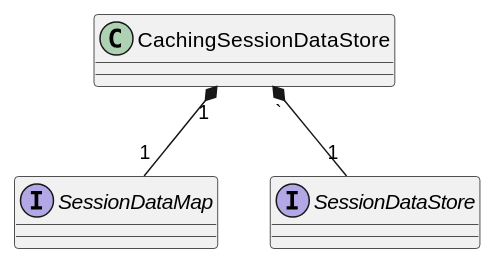
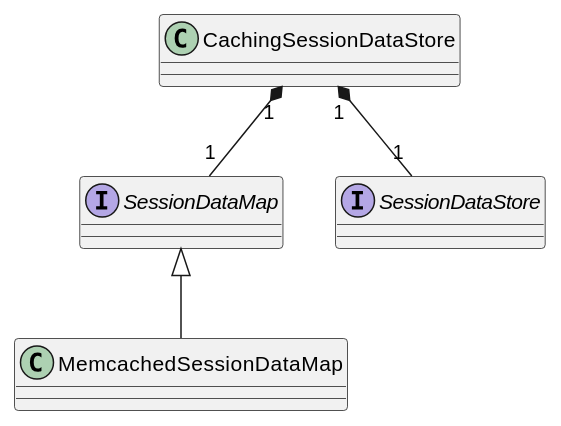
The diagram in jetty-documentation/src/main/asciidoc/programming-guide/server/sessions/session-cachingsessiondatastore.adoc (jetty/jetty.project), drawn with PlantUML before and after one commit. The commit also changed other lines of this file and 5 other files, not shown here.

```diff
--- a/jetty-documentation/src/main/asciidoc/programming-guide/server/sessions/session-cachingsessiondatastore.adoc
+++ b/jetty-documentation/src/main/asciidoc/programming-guide/server/sessions/session-cachingsessiondatastore.adoc
@@ -22,9 +22,10 @@
 [plantuml]
 ----
 interface SessionDataMap
 class CachingSessionDataStore
 interface SessionDataStore
 
 CachingSessionDataStore "1" *-down- "1" SessionDataMap
-CachingSessionDataStore "`" *-down- "1" SessionDataStore
+CachingSessionDataStore "1" *-down- "1" SessionDataStore
+SessionDataMap <|-- MemcachedSessionDataMap
 ----
```
